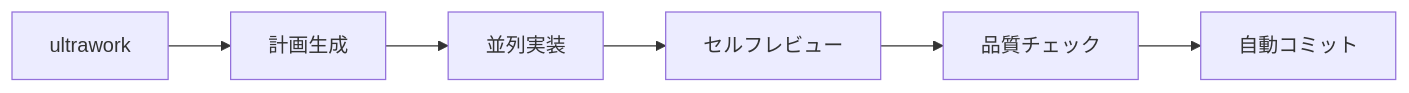
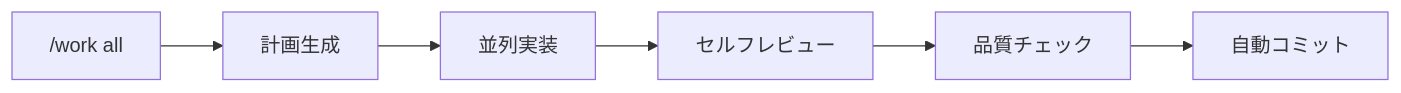
One commit to tim-hub/powerball-harness changed the second of 2 diagrams in README_ja.md. Above: the diagram before and after it, drawn with Mermaid. The commit also changed other lines of this file and 251 other files, not shown here.

````diff
--- a/README_ja.md
+++ b/README_ja.md
@@ -104,8 +104,8 @@
 ```mermaid
 graph LR
-    A["ultrawork"] --> B["計画生成"]
+    A["/work all"] --> B["計画生成"]
     B --> C["並列実装"]
     C --> D["セルフレビュー"]
     D --> E["品質チェック"]
     E --> F["自動コミット"]
 ```
````
